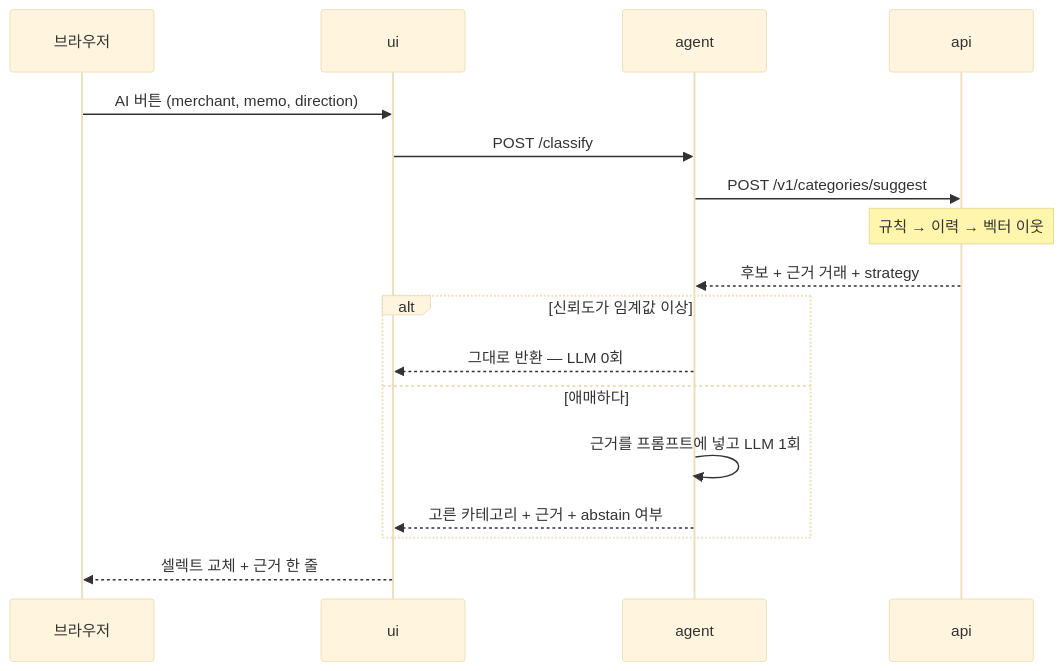
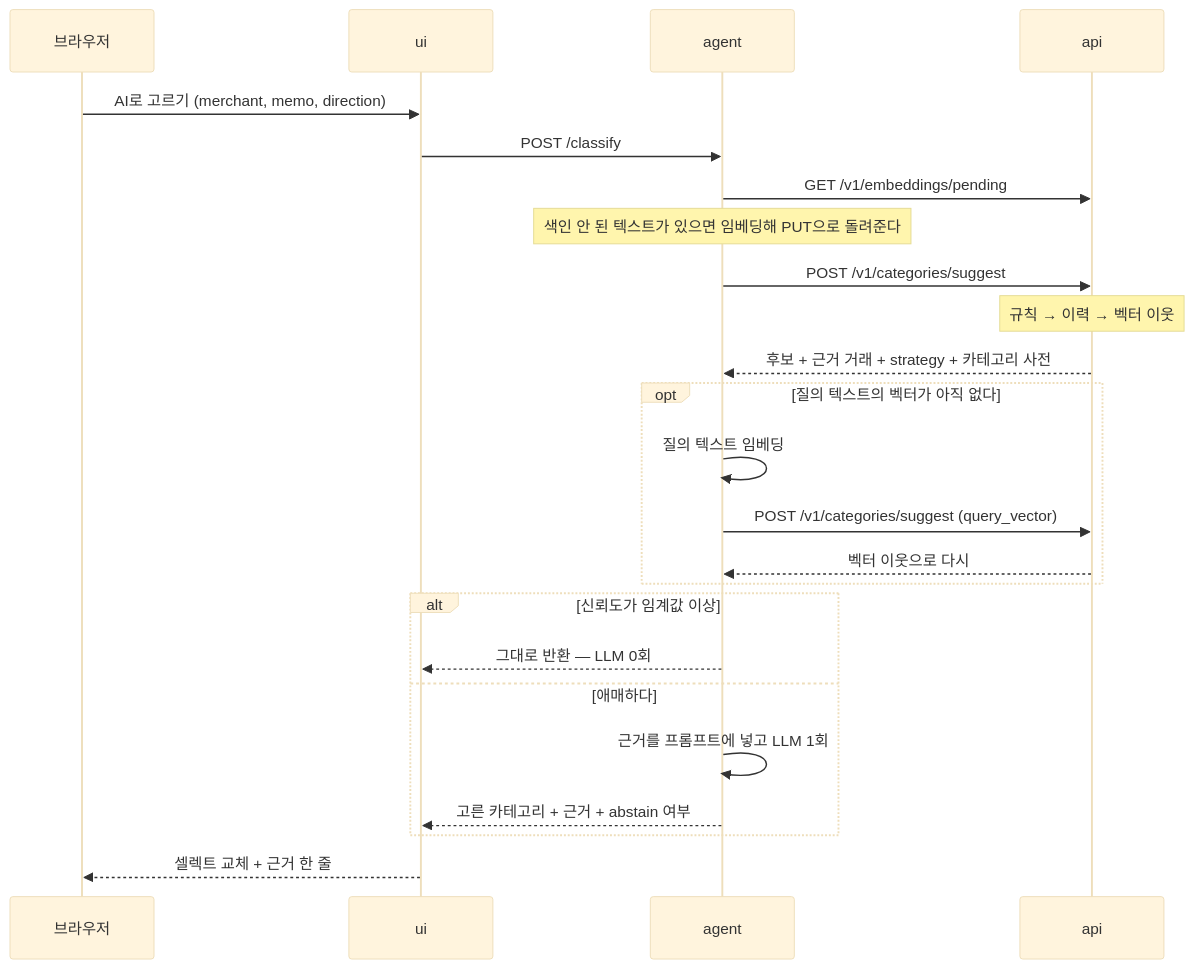
The diagram in docs/ai/category-suggestion-rag.md (2026-ai-service-engineering-a/account-book), drawn with Mermaid (base theme) before and after one commit. The commit also changed other lines of this file and 9 other files, not shown here.

First line of the commit message:
docs: 카테고리 고르기(RAG)를 구현한 대로 문서에 옮긴다

````diff
--- a/docs/ai/category-suggestion-rag.md
+++ b/docs/ai/category-suggestion-rag.md
@@ -52,20 +57,27 @@
 ```mermaid
 sequenceDiagram
     participant B as 브라우저
     participant U as ui
     participant AG as agent
     participant API as api
 
-    B->>U: AI 버튼 (merchant, memo, direction)
+    B->>U: AI로 고르기 (merchant, memo, direction)
     U->>AG: POST /classify
+    AG->>API: GET /v1/embeddings/pending
+    Note over AG: 색인 안 된 텍스트가 있으면 임베딩해 PUT으로 돌려준다
     AG->>API: POST /v1/categories/suggest
     Note over API: 규칙 → 이력 → 벡터 이웃
-    API-->>AG: 후보 + 근거 거래 + strategy
+    API-->>AG: 후보 + 근거 거래 + strategy + 카테고리 사전
+    opt 질의 텍스트의 벡터가 아직 없다
+        AG->>AG: 질의 텍스트 임베딩
+        AG->>API: POST /v1/categories/suggest (query_vector)
+        API-->>AG: 벡터 이웃으로 다시
+    end
     alt 신뢰도가 임계값 이상
         AG-->>U: 그대로 반환 — LLM 0회
     else 애매하다
         AG->>AG: 근거를 프롬프트에 넣고 LLM 1회
         AG-->>U: 고른 카테고리 + 근거 + abstain 여부
     end
     U-->>B: 셀렉트 교체 + 근거 한 줄
 ```
````
